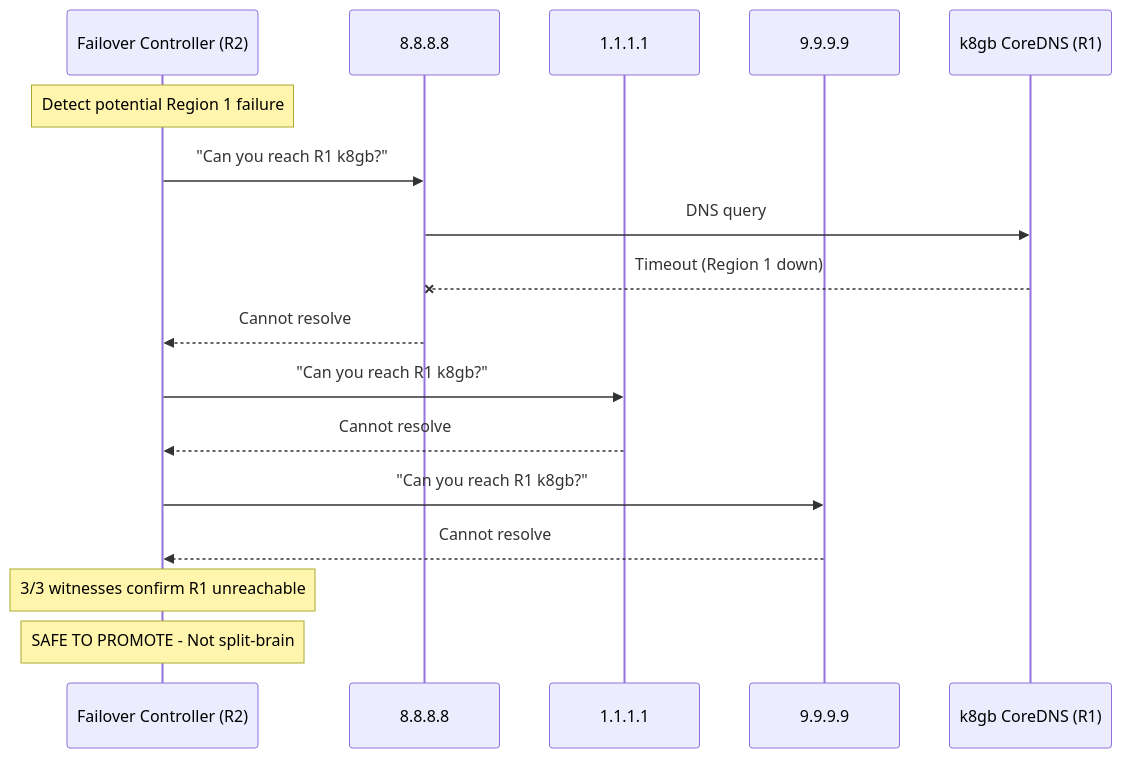
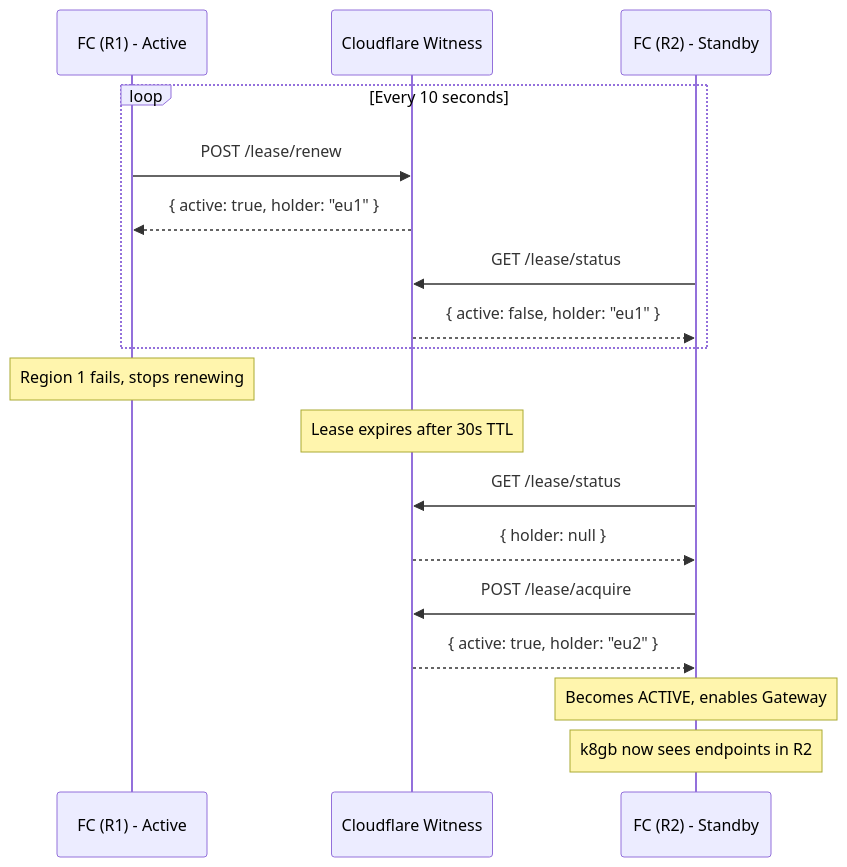
Before and after one commit to openova-io/k8gb: the second of 5 diagrams in docs/ADR-K8GB-GSLB.md, drawn with Mermaid. The commit also changed other lines of this file, not shown here.

First line of the commit message:
docs: add k8gb limitations and cloud witness integration

````diff
--- a/docs/ADR-K8GB-GSLB.md
+++ b/docs/ADR-K8GB-GSLB.md
@@ -107,24 +153,27 @@
 ```mermaid
 sequenceDiagram
-    participant FC as Failover Controller (R2)
-    participant G as 8.8.8.8
-    participant C as 1.1.1.1
-    participant Q as 9.9.9.9
-    participant K8GB as k8gb CoreDNS (R1)
+    participant FC1 as FC (R1) - Active
+    participant CF as Cloudflare Witness
+    participant FC2 as FC (R2) - Standby
 
-    Note over FC: Detect potential Region 1 failure
+    loop Every 10 seconds
+        FC1->>CF: POST /lease/renew
+        CF-->>FC1: { active: true, holder: "eu1" }
 
-    FC->>G: "Can you reach R1 k8gb?"
-    G->>K8GB: DNS query
-    K8GB--xG: Timeout (Region 1 down)
-    G-->>FC: Cannot resolve
+        FC2->>CF: GET /lease/status
+        CF-->>FC2: { active: false, holder: "eu1" }
+    end
 
-    FC->>C: "Can you reach R1 k8gb?"
-    C-->>FC: Cannot resolve
+    Note over FC1: Region 1 fails, stops renewing
 
-    FC->>Q: "Can you reach R1 k8gb?"
-    Q-->>FC: Cannot resolve
+    Note over CF: Lease expires after 30s TTL
 
-    Note over FC: 3/3 witnesses confirm R1 unreachable
-    Note over FC: SAFE TO PROMOTE - Not split-brain
+    FC2->>CF: GET /lease/status
+    CF-->>FC2: { holder: null }
+
+    FC2->>CF: POST /lease/acquire
+    CF-->>FC2: { active: true, holder: "eu2" }
+
+    Note over FC2: Becomes ACTIVE, enables Gateway
+    Note over FC2: k8gb now sees endpoints in R2
 ```
````
